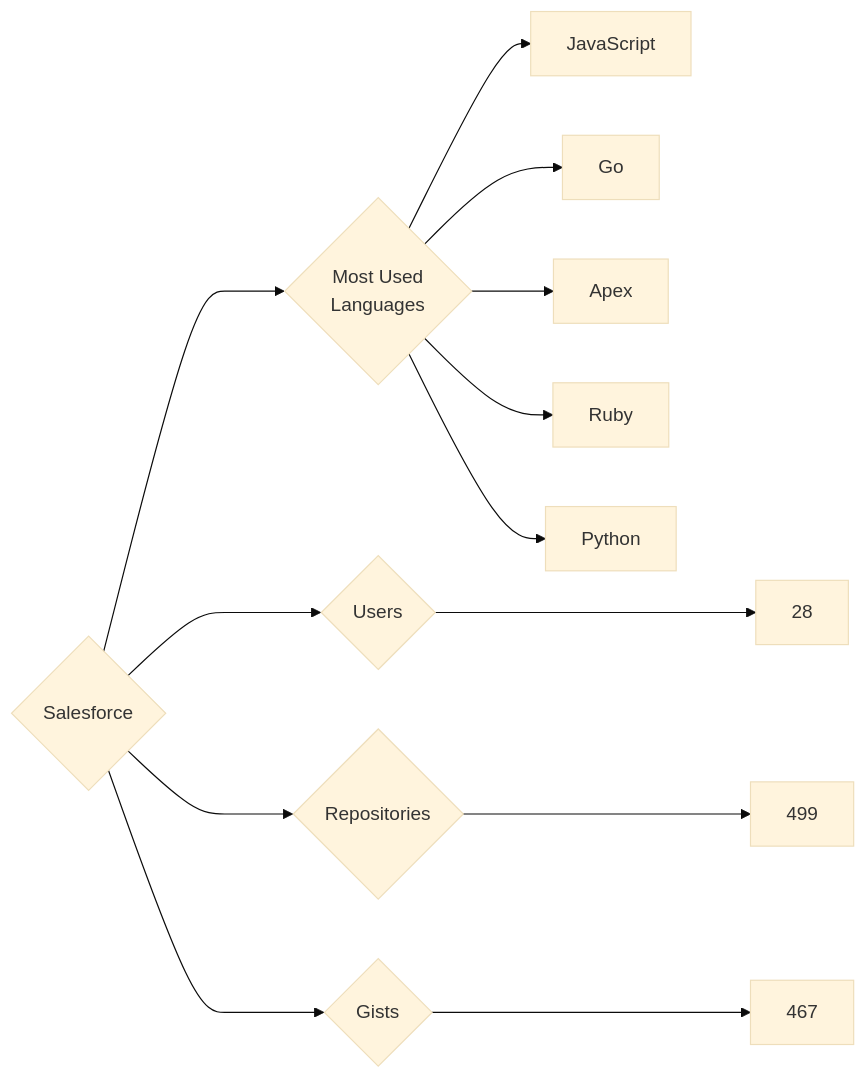
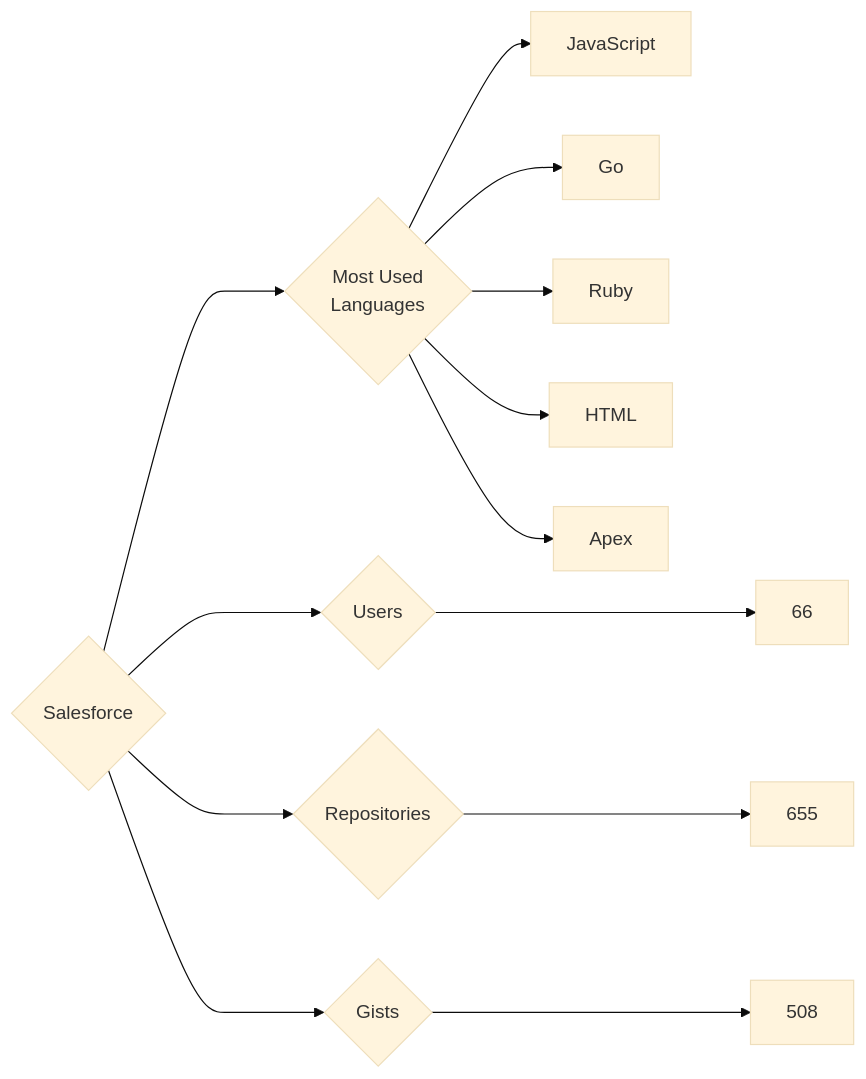
The diagram in targets/Salesforce/README.md (trickest/insiders), drawn with Mermaid (base theme) before and after one commit. The commit also changed 799 other files, not shown here.

````diff
--- a/targets/Salesforce/README.md
+++ b/targets/Salesforce/README.md
@@ -3,13 +3,13 @@
 ```mermaid
 graph LR
 COMPANY_NAME{Salesforce}
-COMPANY_NAME ---> U{Users} ---> UN[28]
-COMPANY_NAME ---> R{Repositories} ---> RN[499]
-COMPANY_NAME ---> G{Gists} ---> GN[467]
+COMPANY_NAME ---> U{Users} ---> UN[66]
+COMPANY_NAME ---> R{Repositories} ---> RN[655]
+COMPANY_NAME ---> G{Gists} ---> GN[508]
 COMPANY_NAME ---> ML{Most Used<br>Languages}
 ML --> JavaScript[JavaScript]
 ML --> Go[Go]
+ML --> Ruby[Ruby]
+ML --> HTML[HTML]
 ML --> Apex[Apex]
-ML --> Ruby[Ruby]
-ML --> Python[Python]
 ```
````
